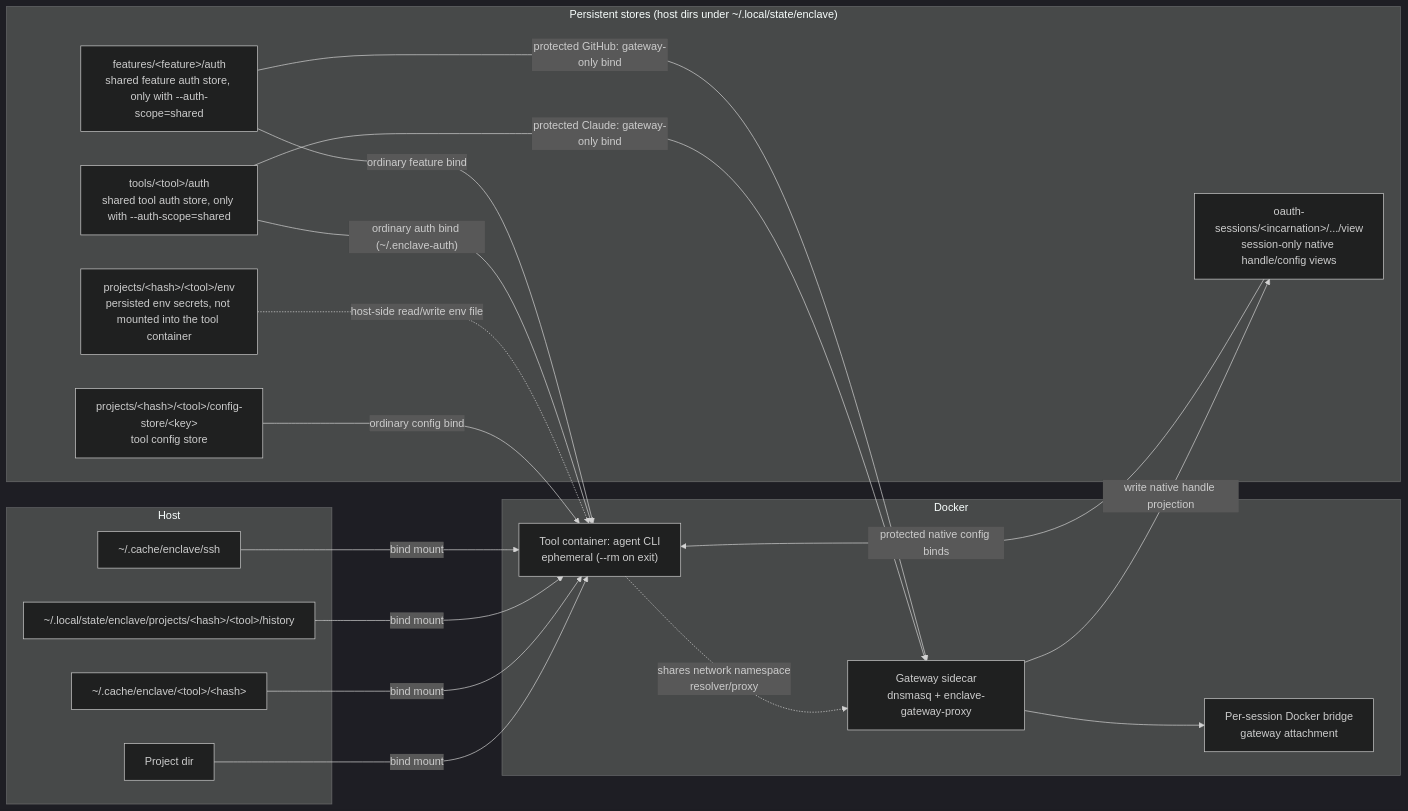
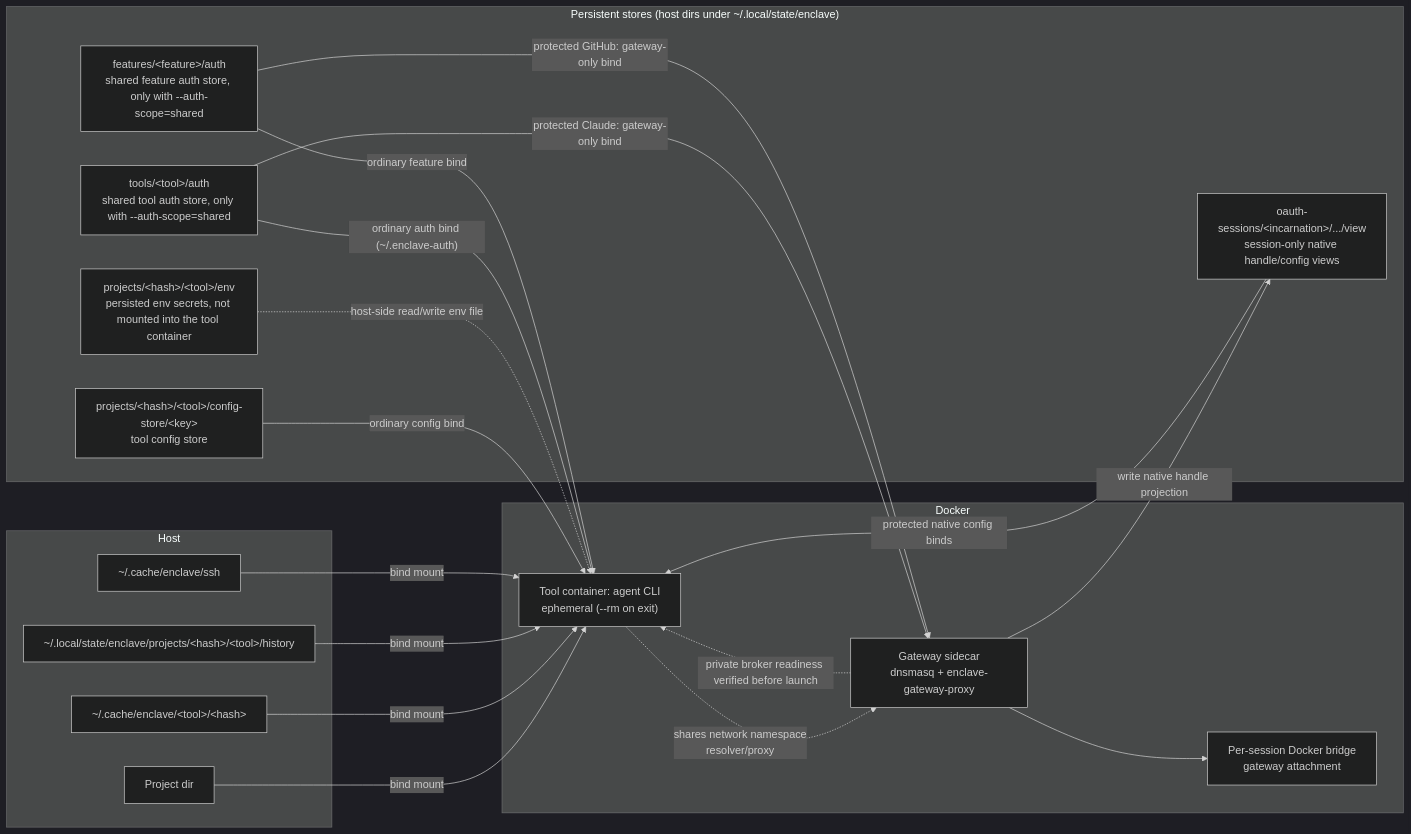
One commit to eclipse-enclave/enclave changed the first of 2 diagrams in docs/ARCHITECTURE.md. Above: the diagram before and after it, drawn with Mermaid (dark theme). The commit also changed other lines of this file and 22 other files, not shown here.

````diff
--- a/docs/ARCHITECTURE.md
+++ b/docs/ARCHITECTURE.md
@@ -33,38 +33,39 @@
 ```mermaid
 flowchart LR
     subgraph Host
         ProjectDir["Project dir"]
         CacheDir["~/.cache/enclave/&lt;tool&gt;/&lt;hash&gt;"]
         HistoryDir["~/.local/state/enclave/projects/&lt;hash&gt;/&lt;tool&gt;/history"]
         SSHDir["~/.cache/enclave/ssh"]
     end
 
     subgraph Stores["Persistent stores (host dirs under ~/.local/state/enclave)"]
         ConfigStore["projects/&lt;hash&gt;/&lt;tool&gt;/config-store/&lt;key&gt;<br/>tool config store"]
         EnvStore["projects/&lt;hash&gt;/&lt;tool&gt;/env<br/>persisted env secrets, not mounted into the tool container"]
         SharedAuthStore["tools/&lt;tool&gt;/auth<br/>shared tool auth store, only with --auth-scope=shared"]
         FeatureAuthStore["features/&lt;feature&gt;/auth<br/>shared feature auth store, only with --auth-scope=shared"]
         ProtectedViews["oauth-sessions/&lt;incarnation&gt;/.../view<br/>session-only native handle/config views"]
     end
 
     subgraph Docker
         DnsNet["Per-session Docker bridge<br/>gateway attachment"]
         Gateway["Gateway sidecar<br/>dnsmasq + enclave-gateway-proxy"]
         Tool["Tool container: agent CLI<br/>ephemeral (--rm on exit)"]
     end
 
     ProjectDir -->|"bind mount"| Tool
     CacheDir -->|"bind mount"| Tool
     HistoryDir -->|"bind mount"| Tool
     SSHDir -->|"bind mount"| Tool
     ConfigStore -->|"ordinary config bind"| Tool
     EnvStore -.->|"host-side read/write env file"| Tool
     SharedAuthStore -->|"ordinary auth bind (~/.enclave-auth)"| Tool
     FeatureAuthStore -->|"ordinary feature bind"| Tool
     SharedAuthStore -->|"protected Claude: gateway-only bind"| Gateway
     FeatureAuthStore -->|"protected GitHub: gateway-only bind"| Gateway
     Gateway -->|"write native handle projection"| ProtectedViews
+    Gateway -.->|"private broker readiness verified before launch"| Tool
     ProtectedViews -->|"protected native config binds"| Tool
     Gateway --> DnsNet
     Tool -.->|"shares network namespace<br/>resolver/proxy"| Gateway
 ```
````
